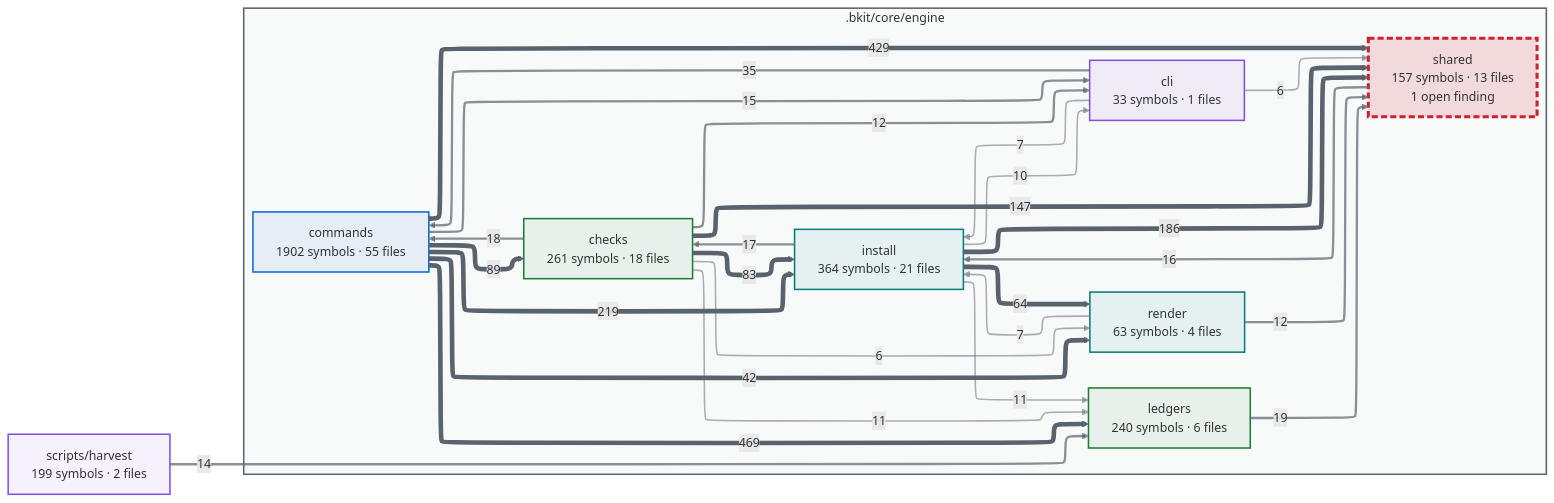
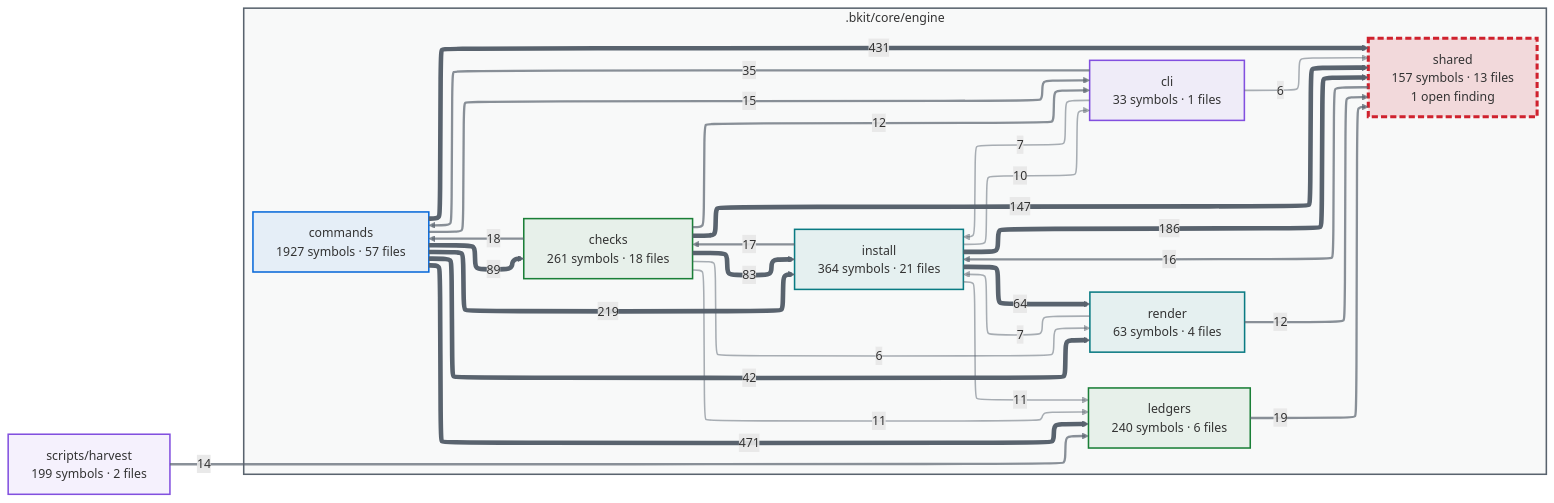
One commit to cbartens/bkit changed the first of 2 diagrams in docs/capabilities.md. Above: the diagram before and after it, drawn with Mermaid. The commit also changed other lines of this file and 102 other files, not shown here.

````diff
--- a/docs/capabilities.md
+++ b/docs/capabilities.md
@@ -154,80 +154,80 @@
 ```mermaid
 ---
 config:
   layout: elk
   themeCSS: "marker { overflow: visible; } marker path { transform: scale(1.8); transform-origin: 5px 5px; }"
   flowchart:
     useMaxWidth: false
 ---
 flowchart LR
   %% Generated by bkit-graphify-rollup.py — do not edit
   subgraph gn_bkit_core_engine[".bkit/core/engine"]
     n_bkit_core_engine_checks["checks<br/>261 symbols · 18 files"]
     n_bkit_core_engine_cli["cli<br/>33 symbols · 1 files"]
-    n_bkit_core_engine_commands["commands<br/>1902 symbols · 55 files"]
+    n_bkit_core_engine_commands["commands<br/>1927 symbols · 57 files"]
     n_bkit_core_engine_install["install<br/>364 symbols · 21 files"]
     n_bkit_core_engine_ledgers["ledgers<br/>240 symbols · 6 files"]
     n_bkit_core_engine_render["render<br/>63 symbols · 4 files"]
     n_bkit_core_engine_shared["shared<br/>157 symbols · 13 files<br/>1 open finding"]
   end
   nscripts_harvest["scripts/harvest<br/>199 symbols · 2 files"]
-  n_bkit_core_engine_commands -->|469| n_bkit_core_engine_ledgers
-  n_bkit_core_engine_commands -->|429| n_bkit_core_engine_shared
+  n_bkit_core_engine_commands -->|471| n_bkit_core_engine_ledgers
+  n_bkit_core_engine_commands -->|431| n_bkit_core_engine_shared
   n_bkit_core_engine_commands -->|219| n_bkit_core_engine_install
   n_bkit_core_engine_install -->|186| n_bkit_core_engine_shared
   n_bkit_core_engine_checks -->|147| n_bkit_core_engine_shared
   n_bkit_core_engine_commands -->|89| n_bkit_core_engine_checks
   n_bkit_core_engine_checks -->|83| n_bkit_core_engine_install
   n_bkit_core_engine_install -->|64| n_bkit_core_engine_render
   n_bkit_core_engine_commands -->|42| n_bkit_core_engine_render
   n_bkit_core_engine_cli -->|35| n_bkit_core_engine_commands
   n_bkit_core_engine_ledgers -->|19| n_bkit_core_engine_shared
   n_bkit_core_engine_checks -->|18| n_bkit_core_engine_commands
   n_bkit_core_engine_install -->|17| n_bkit_core_engine_checks
   n_bkit_core_engine_shared -->|16| n_bkit_core_engine_install
   n_bkit_core_engine_commands -->|15| n_bkit_core_engine_cli
   nscripts_harvest -->|14| n_bkit_core_engine_ledgers
   n_bkit_core_engine_checks -->|12| n_bkit_core_engine_cli
   n_bkit_core_engine_render -->|12| n_bkit_core_engine_shared
   n_bkit_core_engine_checks -->|11| n_bkit_core_engine_ledgers
   n_bkit_core_engine_install -->|11| n_bkit_core_engine_ledgers
   n_bkit_core_engine_install -->|10| n_bkit_core_engine_cli
   n_bkit_core_engine_cli -->|7| n_bkit_core_engine_install
   n_bkit_core_engine_render -->|7| n_bkit_core_engine_install
   n_bkit_core_engine_checks -->|6| n_bkit_core_engine_render
   n_bkit_core_engine_cli -->|6| n_bkit_core_engine_shared
   style gn_bkit_core_engine fill:#59636e0a,stroke:#59636e,stroke-width:2px
   style n_bkit_core_engine_checks stroke:#1a7f37,stroke-width:2px,fill:#1a7f3714
   style n_bkit_core_engine_cli stroke:#8250df,stroke-width:2px,fill:#8250df14
   style n_bkit_core_engine_commands stroke:#0969da,stroke-width:2px,fill:#0969da14
   style n_bkit_core_engine_install stroke:#0a7b83,stroke-width:2px,fill:#0a7b8314
   style n_bkit_core_engine_ledgers stroke:#1a7f37,stroke-width:2px,fill:#1a7f3714
   style n_bkit_core_engine_render stroke:#0a7b83,stroke-width:2px,fill:#0a7b8314
   style n_bkit_core_engine_shared stroke:#cf222e,stroke-width:4px,stroke-dasharray:8 4,fill:#cf222e26
   style nscripts_harvest stroke:#8250df,stroke-width:2px,fill:#8250df14
   linkStyle 0 stroke:#59636e,stroke-width:6px
   linkStyle 1 stroke:#59636e,stroke-width:6px
   linkStyle 2 stroke:#59636e,stroke-width:6px
   linkStyle 3 stroke:#59636e,stroke-width:6px
   linkStyle 4 stroke:#59636e,stroke-width:6px
   linkStyle 5 stroke:#59636e,stroke-width:6px
   linkStyle 6 stroke:#59636e,stroke-width:6px
   linkStyle 7 stroke:#59636e,stroke-width:6px
   linkStyle 8 stroke:#59636e,stroke-width:6px
   linkStyle 9 stroke:#59636eb3,stroke-width:3px
   linkStyle 10 stroke:#59636eb3,stroke-width:3px
   linkStyle 11 stroke:#59636eb3,stroke-width:3px
   linkStyle 12 stroke:#59636eb3,stroke-width:3px
   linkStyle 13 stroke:#59636eb3,stroke-width:3px
   linkStyle 14 stroke:#59636eb3,stroke-width:3px
   linkStyle 15 stroke:#59636eb3,stroke-width:3px
   linkStyle 16 stroke:#59636eb3,stroke-width:3px
   linkStyle 17 stroke:#59636eb3,stroke-width:3px
   linkStyle 18 stroke:#59636e80,stroke-width:2px
   linkStyle 19 stroke:#59636e80,stroke-width:2px
   linkStyle 20 stroke:#59636e80,stroke-width:2px
   linkStyle 21 stroke:#59636e80,stroke-width:2px
   linkStyle 22 stroke:#59636e80,stroke-width:2px
   linkStyle 23 stroke:#59636e80,stroke-width:2px
   linkStyle 24 stroke:#59636e80,stroke-width:2px
 ```
````
